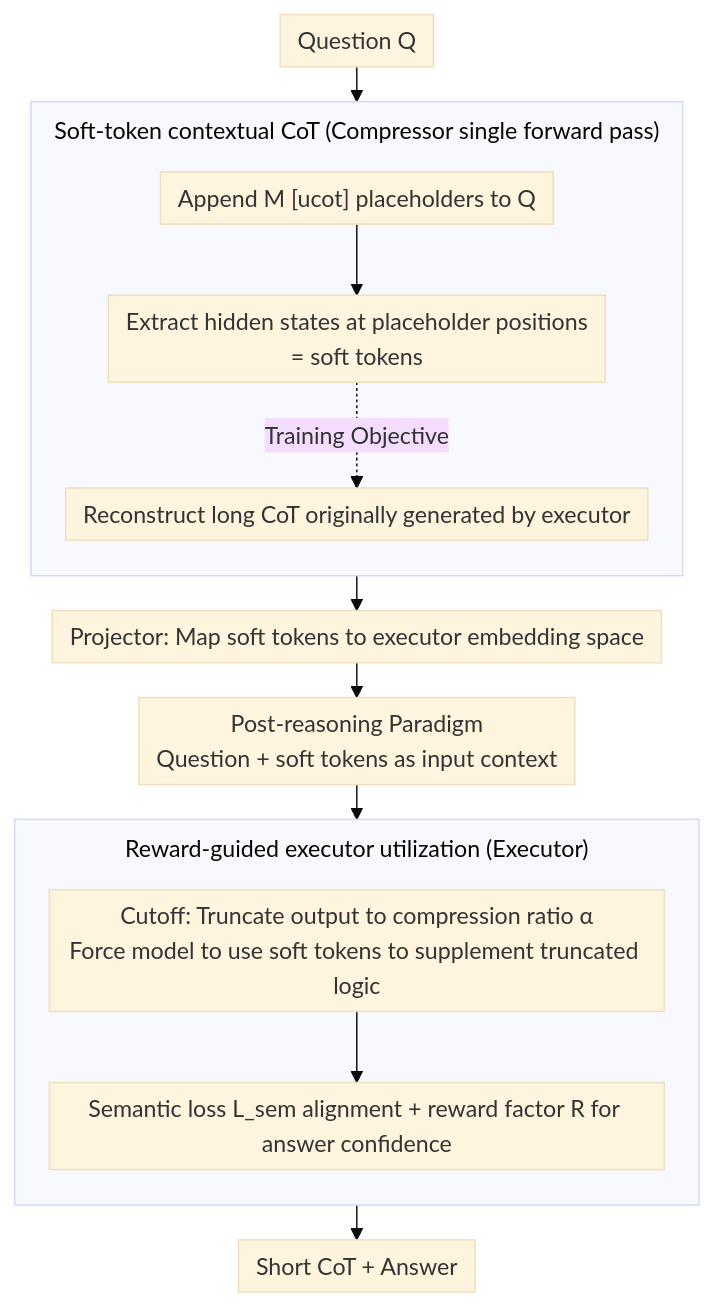
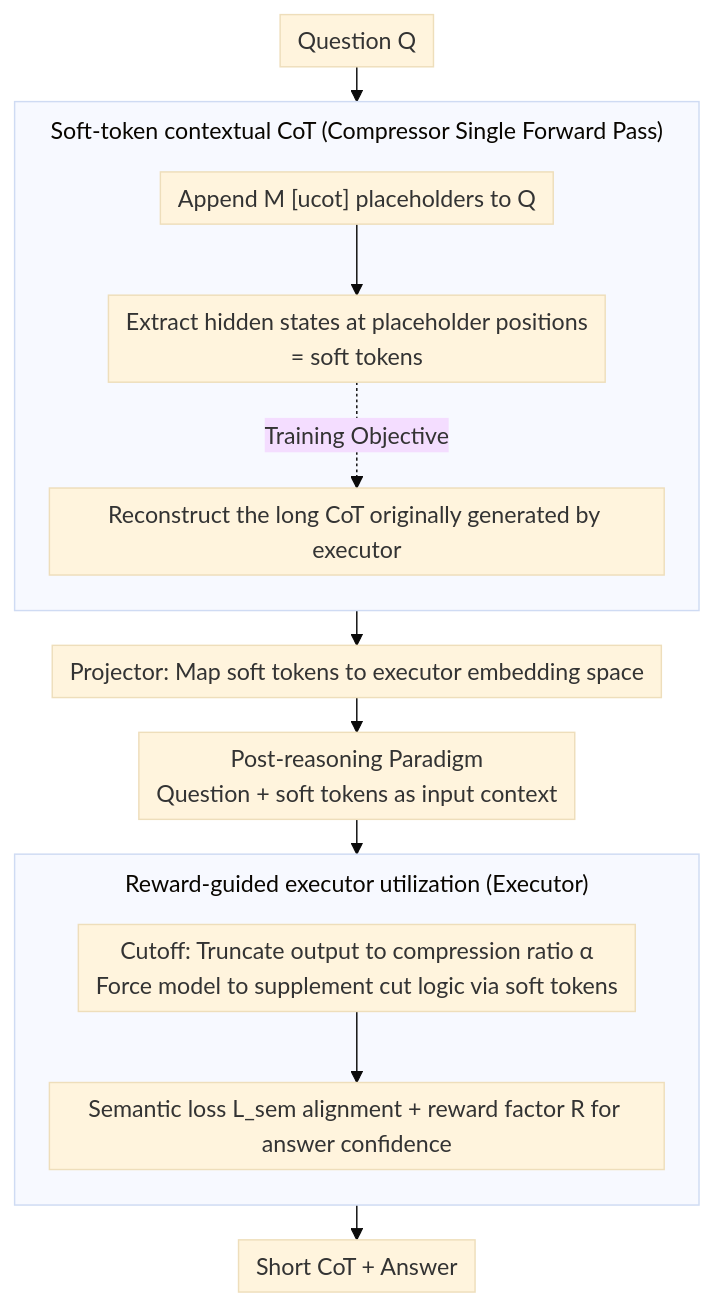
Before and after one commit to zhaoyang97/Paper-Notes-en: the diagram in docs/ACL2026/llm_reasoning/can_reasoning_path_still_be_effective_as_input_bridging_post-reasoning_to_chain-.md, drawn with Mermaid (base theme). The commit also changed other lines of this file and 5084 other files, not shown here.

````diff
--- a/docs/ACL2026/llm_reasoning/can_reasoning_path_still_be_effective_as_input_bridging_post-reasoning_to_chain-.md
+++ b/docs/ACL2026/llm_reasoning/can_reasoning_path_still_be_effective_as_input_bridging_post-reasoning_to_chain-.md
@@ -45,19 +45,19 @@
 ```mermaid
 %%{init: {'flowchart': {'rankSpacing': 24, 'nodeSpacing': 28, 'padding': 6, 'wrappingWidth': 400, 'subGraphTitleMargin': {'top': 8, 'bottom': 16}}}}%%
 flowchart TD
     Q["Question Q"]
-    subgraph CMP["Soft-token contextual CoT (Compressor single forward pass)"]
+    subgraph CMP["Soft-token contextual CoT (Compressor Single Forward Pass)"]
         direction TB
         P["Append M [ucot] placeholders to Q"] --> FW["Extract hidden states at placeholder positions<br/>= soft tokens"]
-        FW -.Training Objective.-> REC["Reconstruct long CoT originally generated by executor"]
+        FW -.Training Objective.-> REC["Reconstruct the long CoT originally generated by executor"]
     end
     Q --> CMP
     CMP --> PROJ["Projector: Map soft tokens to executor embedding space"]
     PROJ --> PR["Post-reasoning Paradigm<br/>Question + soft tokens as input context"]
     subgraph EXE["Reward-guided executor utilization (Executor)"]
         direction TB
-        CUT["Cutoff: Truncate output to compression ratio α<br/>Force model to use soft tokens to supplement truncated logic"] --> CONS["Semantic loss L_sem alignment + reward factor R for answer confidence"]
+        CUT["Cutoff: Truncate output to compression ratio α<br/>Force model to supplement cut logic via soft tokens"] --> CONS["Semantic loss L_sem alignment + reward factor R for answer confidence"]
     end
     PR --> EXE
     EXE --> OUT["Short CoT + Answer"]
 ```
````
